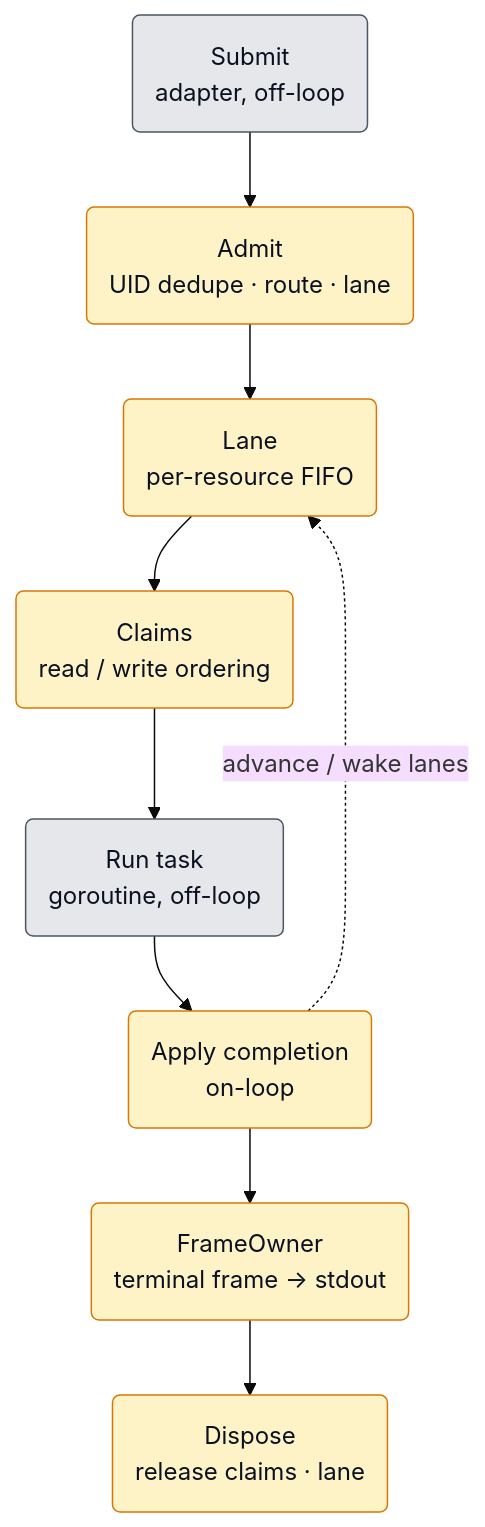
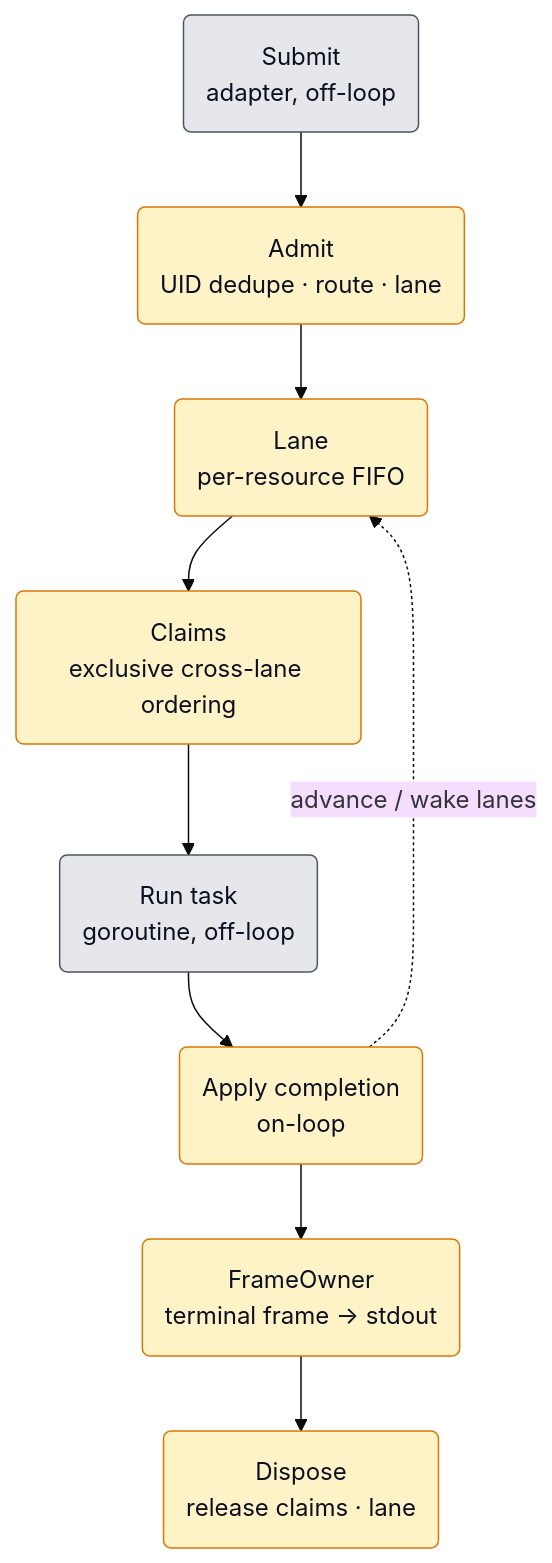
One commit to netdata/netdata changed the third of 6 diagrams in src/go/plugin/agent/jobmgr/ARCHITECTURE.md. Above: the diagram before and after it, drawn with Mermaid (base theme). The commit also changed 14 other files, not shown here.

````diff
--- a/src/go/plugin/agent/jobmgr/ARCHITECTURE.md
+++ b/src/go/plugin/agent/jobmgr/ARCHITECTURE.md
@@ -145,19 +145,19 @@
 ```mermaid
 flowchart TD
     Submit("Submit<br/>adapter, off-loop")
     Admit("Admit<br/>UID dedupe · route · lane")
     Lane("Lane<br/>per-resource FIFO")
-    Claim("Claims<br/>read / write ordering")
+    Claim("Claims<br/>exclusive cross-lane ordering")
     Task("Run task<br/>goroutine, off-loop")
     Complete("Apply completion<br/>on-loop")
     Frame("FrameOwner<br/>terminal frame → stdout")
     Dispose("Dispose<br/>release claims · lane")
 
     Submit --> Admit --> Lane --> Claim --> Task --> Complete --> Frame --> Dispose
     Complete -. "advance / wake lanes" .-> Lane
 
     classDef offloop fill:#e5e7eb,stroke:#4b5563,color:#0b1021;
     classDef onloop fill:#fef3c7,stroke:#d97706,color:#0b1021;
     class Submit,Task offloop;
     class Admit,Lane,Claim,Complete,Frame,Dispose onloop;
 ```
````
